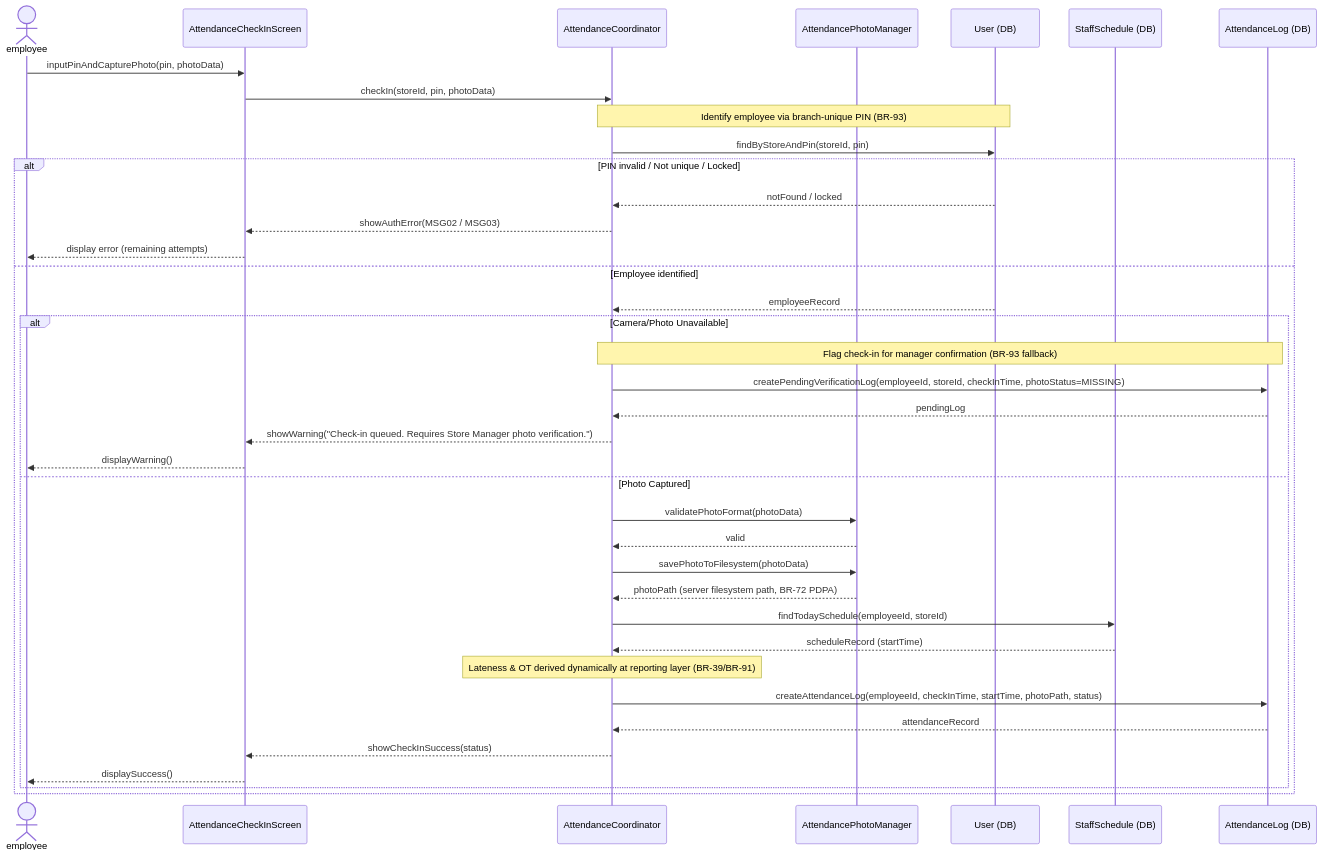
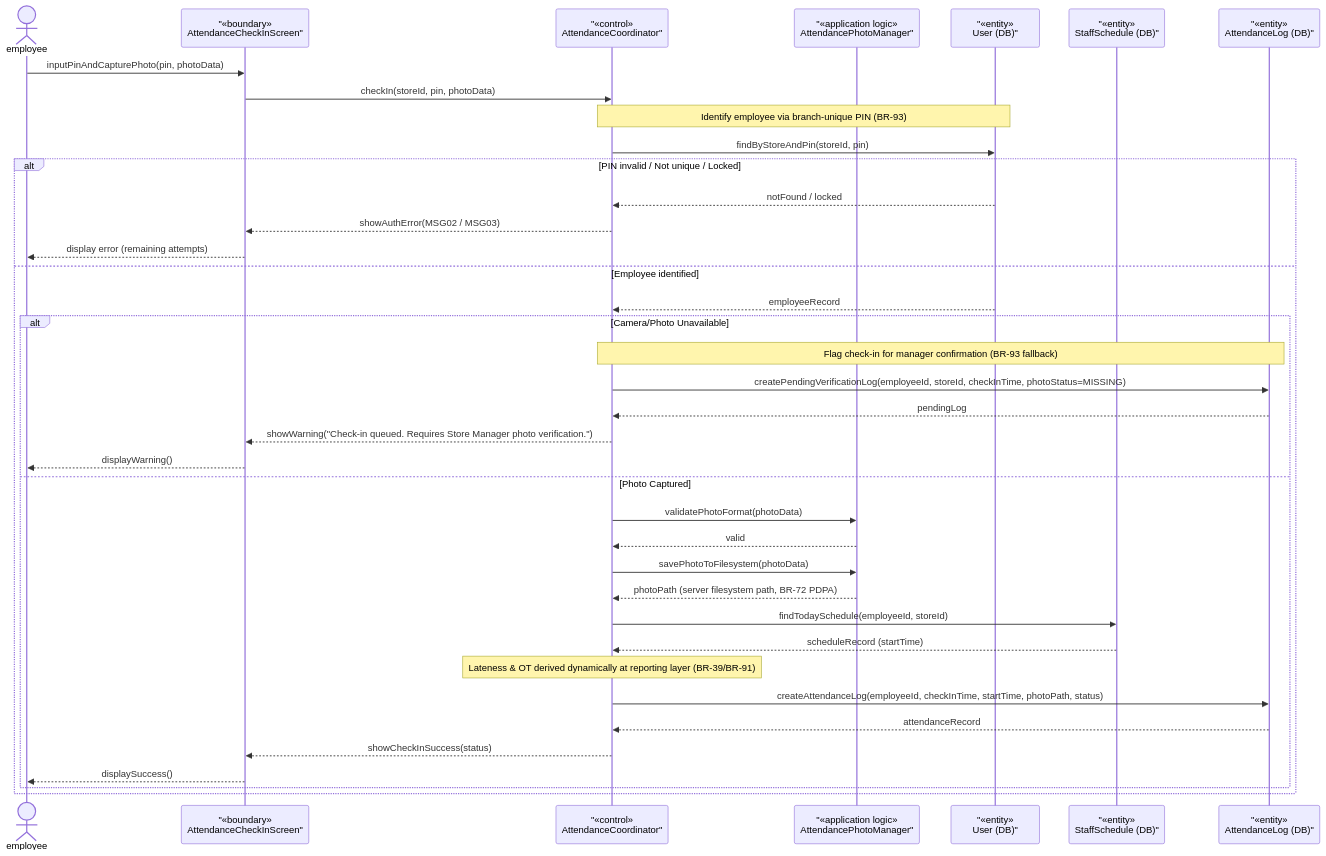
Before and after one commit to Shaichi/Khoga_coffe_shop: the third of 5 diagrams in rds_sections/12_detailed_3_9_staff_management.md, drawn with Mermaid. The commit also changed other lines of this file and 13 other files, not shown here.

Commit message:
docs(rds): Update User entity fields and change Decimal to BigDecimal

````diff
--- a/rds_sections/12_detailed_3_9_staff_management.md
+++ b/rds_sections/12_detailed_3_9_staff_management.md
@@ -170,46 +170,46 @@
 ```mermaid
 sequenceDiagram
     actor employee
-    participant CheckInScreen as AttendanceCheckInScreen
-    participant AttendCoord as AttendanceCoordinator
-    participant PhotoMgr as AttendancePhotoManager
-    participant UserDB as User (DB)
-    participant ScheduleDB as StaffSchedule (DB)
-    participant AttendDB as AttendanceLog (DB)
+participant CheckInScreen as "«boundary»<br/>AttendanceCheckInScreen"
+participant AttendCoord as "«control»<br/>AttendanceCoordinator"
+participant PhotoMgr as "«application logic»<br/>AttendancePhotoManager"
+participant UserDB as "«entity»<br/>User (DB)"
+participant ScheduleDB as "«entity»<br/>StaffSchedule (DB)"
+participant AttendDB as "«entity»<br/>AttendanceLog (DB)"
 
     employee->>CheckInScreen: inputPinAndCapturePhoto(pin, photoData)
     CheckInScreen->>AttendCoord: checkIn(storeId, pin, photoData)
     
     Note over AttendCoord, UserDB: Identify employee via branch-unique PIN (BR-93)
     AttendCoord->>UserDB: findByStoreAndPin(storeId, pin)
     
     alt PIN invalid / Not unique / Locked
         UserDB-->>AttendCoord: notFound / locked
         AttendCoord-->>CheckInScreen: showAuthError(MSG02 / MSG03)
         CheckInScreen-->>employee: display error (remaining attempts)
     else Employee identified
         UserDB-->>AttendCoord: employeeRecord
         
         alt Camera/Photo Unavailable
             Note over AttendCoord, AttendDB: Flag check-in for manager confirmation (BR-93 fallback)
             AttendCoord->>AttendDB: createPendingVerificationLog(employeeId, storeId, checkInTime, photoStatus=MISSING)
             AttendDB-->>AttendCoord: pendingLog
             AttendCoord-->>CheckInScreen: showWarning("Check-in queued. Requires Store Manager photo verification.")
             CheckInScreen-->>employee: displayWarning()
         else Photo Captured
             AttendCoord->>PhotoMgr: validatePhotoFormat(photoData)
             PhotoMgr-->>AttendCoord: valid
             AttendCoord->>PhotoMgr: savePhotoToFilesystem(photoData)
             PhotoMgr-->>AttendCoord: photoPath (server filesystem path, BR-72 PDPA)
             
             AttendCoord->>ScheduleDB: findTodaySchedule(employeeId, storeId)
             ScheduleDB-->>AttendCoord: scheduleRecord (startTime)
             
             Note over AttendCoord: Lateness & OT derived dynamically at reporting layer (BR-39/BR-91)
             AttendCoord->>AttendDB: createAttendanceLog(employeeId, checkInTime, startTime, photoPath, status)
             AttendDB-->>AttendCoord: attendanceRecord
             AttendCoord-->>CheckInScreen: showCheckInSuccess(status)
             CheckInScreen-->>employee: displaySuccess()
         end
     end
 ```
````
